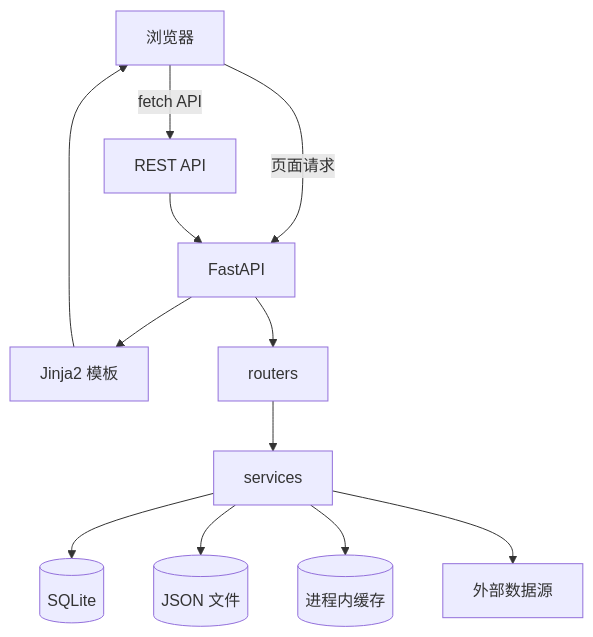
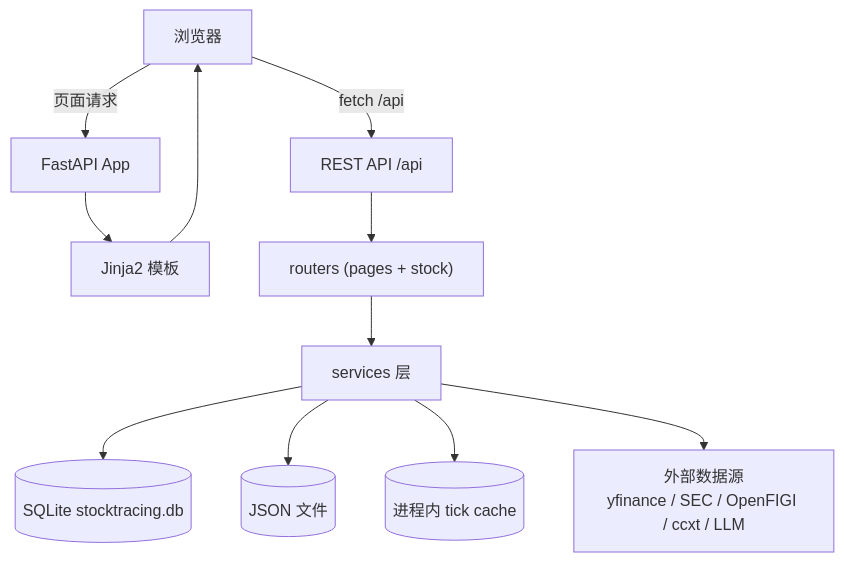
Before and after one commit to RESBI/StockTracing: the first of 8 diagrams in ARCHITECTURE.md, drawn with Mermaid. The commit also changed other lines of this file and 35 other files, not shown here.

First line of the commit message:
Refactor architecture: DB session mgmt, TTL centralization, circuit breaker, AI persistent queue, Pydantic validation, logging, env config

````diff
--- a/ARCHITECTURE.md
+++ b/ARCHITECTURE.md
@@ -7,25 +16,24 @@
 ```mermaid
 flowchart TD
     Browser[浏览器]
     Templates[Jinja2 模板]
-    Api[REST API]
-    App[FastAPI]
-    Routers[routers]
-    Services[services]
-    SQLite[(SQLite)]
+    Api[REST API /api]
+    App[FastAPI App]
+    Routers["routers (pages + stock)"]
+    Services[services 层]
+    SQLite[(SQLite stocktracing.db)]
     Json[(JSON 文件)]
-    Memory[(进程内缓存)]
-    External[外部数据源]
+    Memory[(进程内 tick cache)]
+    External["外部数据源<br/>yfinance / SEC / OpenFIGI / ccxt / LLM"]
 
     Browser -->|页面请求| App
     App --> Templates
     Templates --> Browser
-    Browser -->|fetch API| Api
-    Api --> App
-    App --> Routers
+    Browser -->|fetch /api| Api
+    Api --> Routers
     Routers --> Services
     Services --> SQLite
     Services --> Json
     Services --> Memory
     Services --> External
 ```
````
